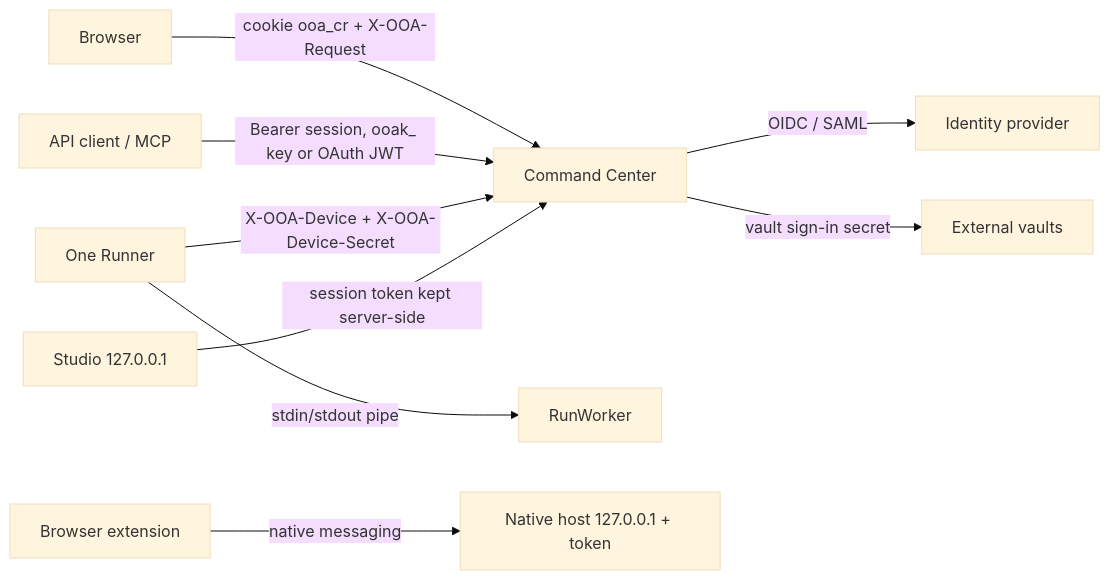
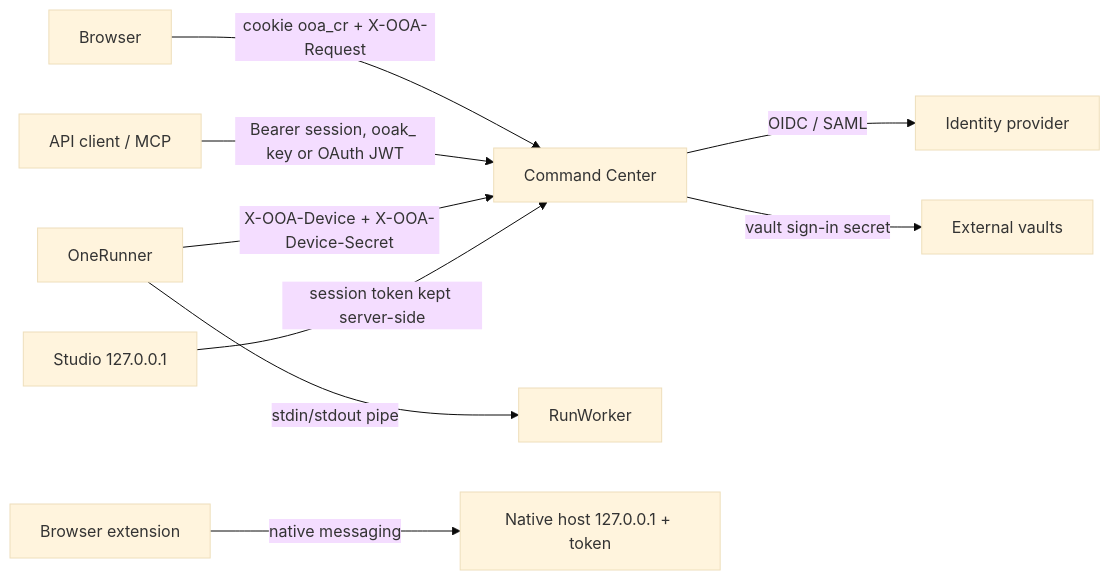
The diagram in docs/architecture/06-security-architecture.md (OneOfficeautomation-Private-Limited/OneOfficeAutomation-Platform), drawn with Mermaid (base theme) before and after one commit. The commit also changed other lines of this file and 121 other files, not shown here.

````diff
--- a/docs/architecture/06-security-architecture.md
+++ b/docs/architecture/06-security-architecture.md
@@ -34,11 +34,11 @@
 ```mermaid
 flowchart LR
     B[Browser] -- cookie ooa_cr + X-OOA-Request --> CC[Command Center]
     API[API client / MCP] -- Bearer session, ooak_ key or OAuth JWT --> CC
-    R[One Runner] -- X-OOA-Device + X-OOA-Device-Secret --> CC
+    R[OneRunner] -- X-OOA-Device + X-OOA-Device-Secret --> CC
     R -- stdin/stdout pipe --> W[RunWorker]
     CC -- OIDC / SAML --> IDP[Identity provider]
     CC -- vault sign-in secret --> XV[External vaults]
     S[Studio 127.0.0.1] -- session token kept server-side --> CC
     EXT[Browser extension] -- native messaging --> NH[Native host 127.0.0.1 + token]
 ```
````
